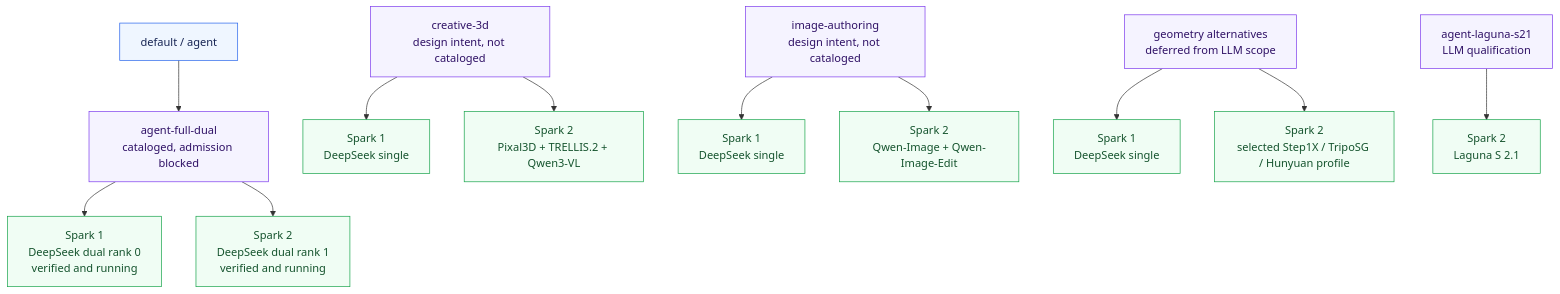
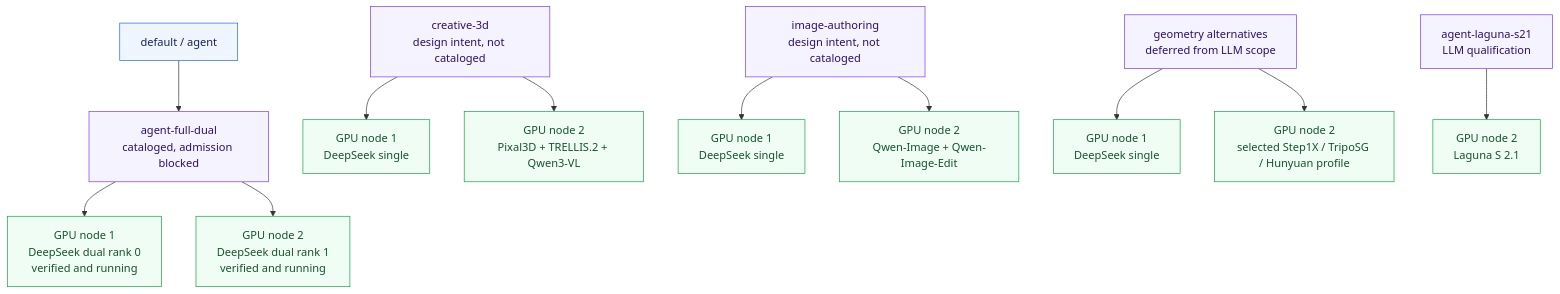
The second of 3 diagrams in docs/model-profile-overview.md (CarstVaartjes/DGX-Forge), drawn with Mermaid before and after one commit. The commit also changed other lines of this file and 591 other files, not shown here.

````diff
--- a/docs/model-profile-overview.md
+++ b/docs/model-profile-overview.md
@@ -45,23 +45,23 @@
 ```mermaid
 flowchart TB
     default[default / agent] --> full[agent-full-dual<br/>cataloged, admission blocked]
-    full --> full1[Spark 1<br/>DeepSeek dual rank 0<br/>verified and running]
-    full --> full2[Spark 2<br/>DeepSeek dual rank 1<br/>verified and running]
+    full --> full1[GPU node 1<br/>DeepSeek dual rank 0<br/>verified and running]
+    full --> full2[GPU node 2<br/>DeepSeek dual rank 1<br/>verified and running]
 
-    creative[creative-3d<br/>design intent, not cataloged] --> creative1[Spark 1<br/>DeepSeek single]
-    creative --> creative2[Spark 2<br/>Pixal3D + TRELLIS.2 + Qwen3-VL]
+    creative[creative-3d<br/>design intent, not cataloged] --> creative1[GPU node 1<br/>DeepSeek single]
+    creative --> creative2[GPU node 2<br/>Pixal3D + TRELLIS.2 + Qwen3-VL]
 
-    image[image-authoring<br/>design intent, not cataloged] --> image1[Spark 1<br/>DeepSeek single]
-    image --> image2[Spark 2<br/>Qwen-Image + Qwen-Image-Edit]
+    image[image-authoring<br/>design intent, not cataloged] --> image1[GPU node 1<br/>DeepSeek single]
+    image --> image2[GPU node 2<br/>Qwen-Image + Qwen-Image-Edit]
 
-    geometry[geometry alternatives<br/>deferred from LLM scope] --> geometry1[Spark 1<br/>DeepSeek single]
-    geometry --> geometry2[Spark 2<br/>selected Step1X / TripoSG / Hunyuan profile]
-    laguna[agent-laguna-s21<br/>LLM qualification] --> laguna1[Spark 2<br/>Laguna S 2.1]
+    geometry[geometry alternatives<br/>deferred from LLM scope] --> geometry1[GPU node 1<br/>DeepSeek single]
+    geometry --> geometry2[GPU node 2<br/>selected Step1X / TripoSG / Hunyuan profile]
+    laguna[agent-laguna-s21<br/>LLM qualification] --> laguna1[GPU node 2<br/>Laguna S 2.1]
 
     classDef selector fill:#eff6ff,stroke:#2563eb,color:#172554;
     classDef profile fill:#f5f3ff,stroke:#7c3aed,color:#2e1065;
     classDef compute fill:#f0fdf4,stroke:#16a34a,color:#14532d;
     class default selector;
     class full,creative,image,geometry,laguna profile;
     class full1,full2,creative1,creative2,image1,image2,geometry1,geometry2,laguna1 compute;
 ```
````
